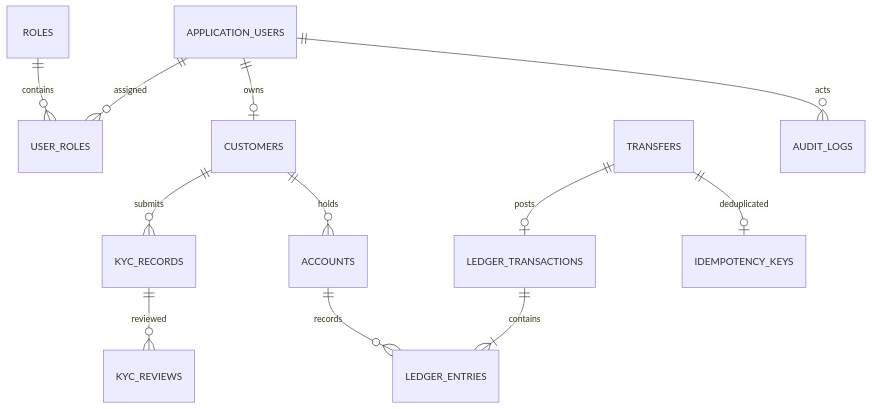
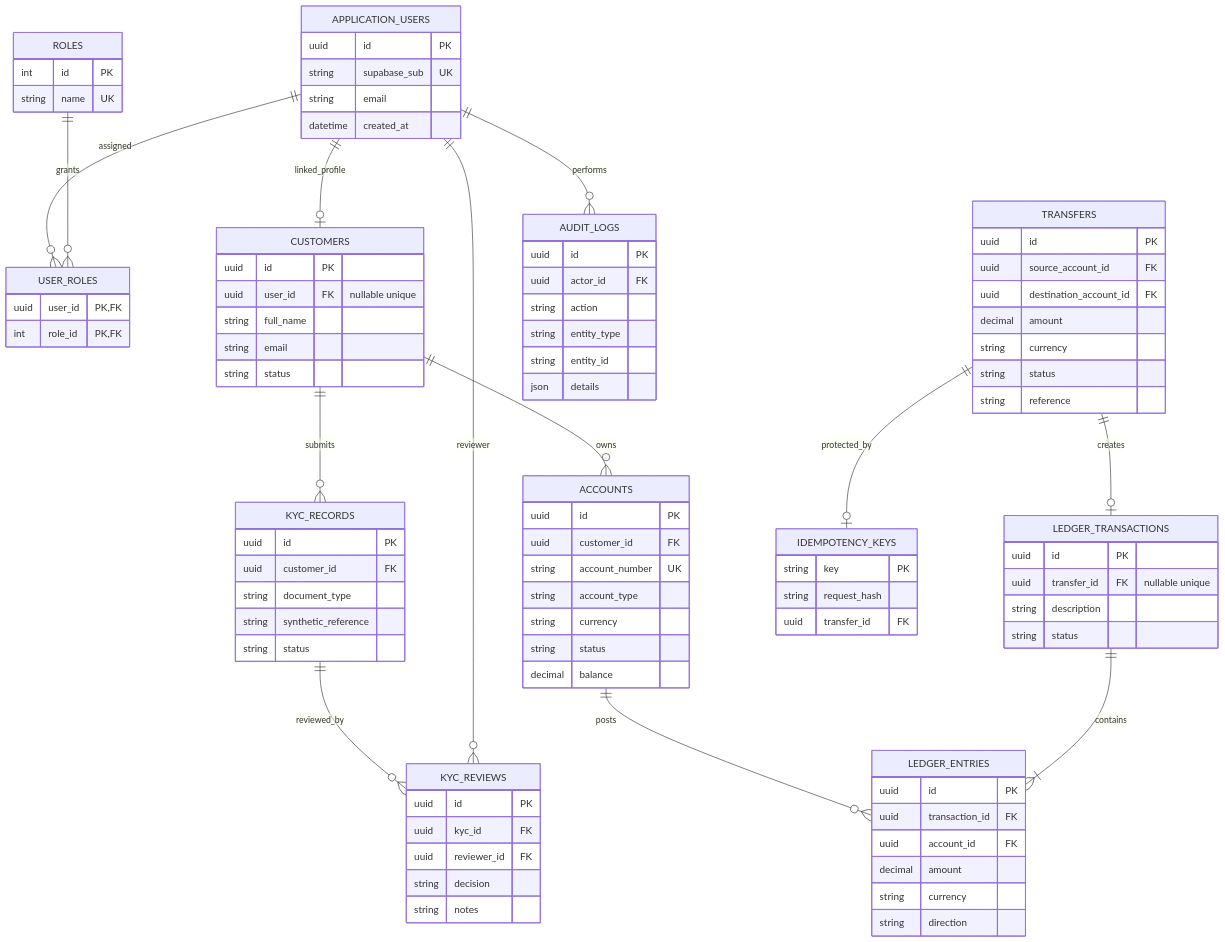
Before and after one commit to dasrupdip04/BankCRM: the fourth of 7 diagrams in README.md, drawn with Mermaid. The commit also changed other lines of this file and 9 other files, not shown here.

````diff
--- a/README.md
+++ b/README.md
@@ -36,14 +207,95 @@
 ```mermaid
 erDiagram
+  APPLICATION_USERS {
+    uuid id PK
+    string supabase_sub UK
+    string email
+    datetime created_at
+  }
+  ROLES {
+    int id PK
+    string name UK
+  }
+  USER_ROLES {
+    uuid user_id PK, FK
+    int role_id PK, FK
+  }
+  CUSTOMERS {
+    uuid id PK
+    uuid user_id FK "nullable unique"
+    string full_name
+    string email
+    string status
+  }
+  KYC_RECORDS {
+    uuid id PK
+    uuid customer_id FK
+    string document_type
+    string synthetic_reference
+    string status
+  }
+  KYC_REVIEWS {
+    uuid id PK
+    uuid kyc_id FK
+    uuid reviewer_id FK
+    string decision
+    string notes
+  }
+  ACCOUNTS {
+    uuid id PK
+    uuid customer_id FK
+    string account_number UK
+    string account_type
+    string currency
+    string status
+    decimal balance
+  }
+  TRANSFERS {
+    uuid id PK
+    uuid source_account_id FK
+    uuid destination_account_id FK
+    decimal amount
+    string currency
+    string status
+    string reference
+  }
+  LEDGER_TRANSACTIONS {
+    uuid id PK
+    uuid transfer_id FK "nullable unique"
+    string description
+    string status
+  }
+  LEDGER_ENTRIES {
+    uuid id PK
+    uuid transaction_id FK
+    uuid account_id FK
+    decimal amount
+    string currency
+    string direction
+  }
+  IDEMPOTENCY_KEYS {
+    string key PK
+    string request_hash
+    uuid transfer_id FK
+  }
+  AUDIT_LOGS {
+    uuid id PK
+    uuid actor_id FK
+    string action
+    string entity_type
+    string entity_id
+    json details
+  }
   APPLICATION_USERS ||--o{ USER_ROLES : assigned
-  ROLES ||--o{ USER_ROLES : contains
-  APPLICATION_USERS ||--o| CUSTOMERS : owns
+  ROLES ||--o{ USER_ROLES : grants
+  APPLICATION_USERS ||--o| CUSTOMERS : linked_profile
   CUSTOMERS ||--o{ KYC_RECORDS : submits
-  KYC_RECORDS ||--o{ KYC_REVIEWS : reviewed
-  CUSTOMERS ||--o{ ACCOUNTS : holds
-  TRANSFERS ||--o| LEDGER_TRANSACTIONS : posts
+  KYC_RECORDS ||--o{ KYC_REVIEWS : reviewed_by
+  APPLICATION_USERS ||--o{ KYC_REVIEWS : reviewer
+  CUSTOMERS ||--o{ ACCOUNTS : owns
+  ACCOUNTS ||--o{ LEDGER_ENTRIES : posts
+  TRANSFERS ||--o| LEDGER_TRANSACTIONS : creates
   LEDGER_TRANSACTIONS ||--|{ LEDGER_ENTRIES : contains
-  ACCOUNTS ||--o{ LEDGER_ENTRIES : records
-  TRANSFERS ||--o| IDEMPOTENCY_KEYS : deduplicated
-  APPLICATION_USERS ||--o{ AUDIT_LOGS : acts
+  TRANSFERS ||--o| IDEMPOTENCY_KEYS : protected_by
+  APPLICATION_USERS ||--o{ AUDIT_LOGS : performs
 ```
````
